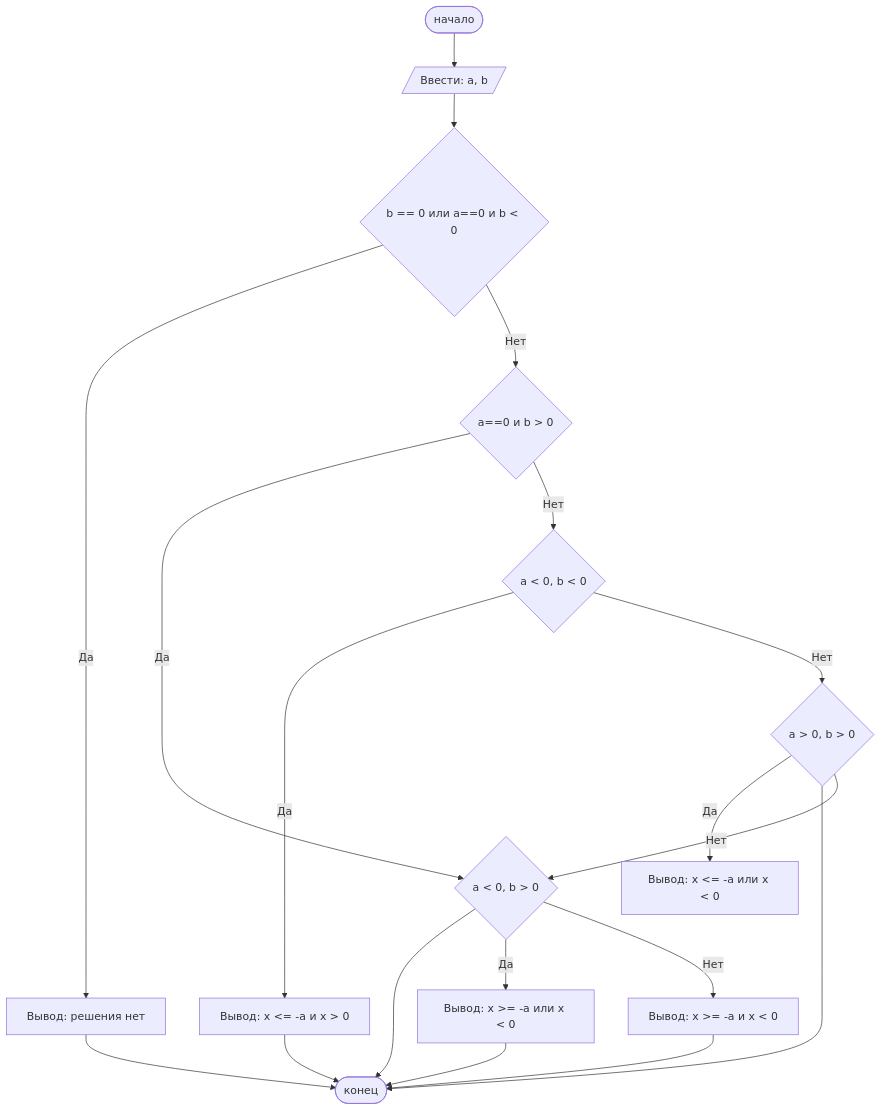
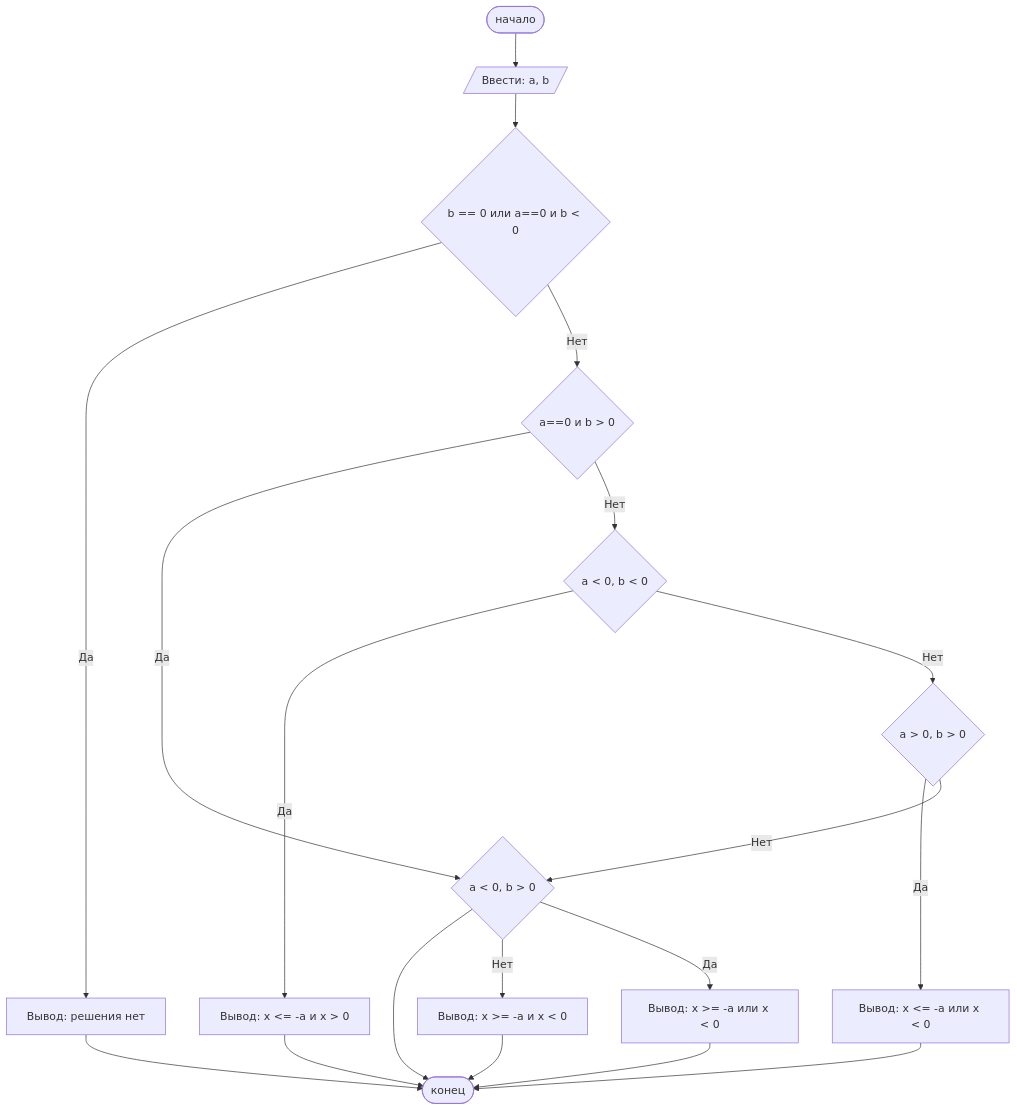
The diagram in README.md (EfremovaAnastasia/-1), drawn with Mermaid before and after one commit.

````diff
--- a/README.md
+++ b/README.md
@@ -92,21 +92,21 @@
 ```mermaid
 graph TD
     A([начало]) --> B[/Ввести: a, b/]
     B --> C{b == 0 или a==0 и b < 0}
     C --Да--> D[Вывод: решения нет]
     D --> Z([конец])
     C --Нет--> E{ a==0 и b > 0}
     E --Да --> F[Вывод: x < 0 и x > 0]
     F --> Z
     E --Нет-->G{a < 0, b < 0}
     G --Да--> H[Вывод: x <= -a и x > 0]
     H --> Z
     G --Нет-->I{a > 0, b > 0}
     I --Да-->K[Вывод: x <= -a или x < 0]
-    I --> Z
+    K --> Z
     I --Нет-->F{a < 0, b > 0}
-    F --Да-->M[Вывод: x >= -a или x < 0]
     F --Нет-->N[Вывод: x >= -a и x < 0]
     N --> Z
+    F --Да-->M[Вывод: x >= -a или x < 0]
     M --> Z([конец])
 ```
````
